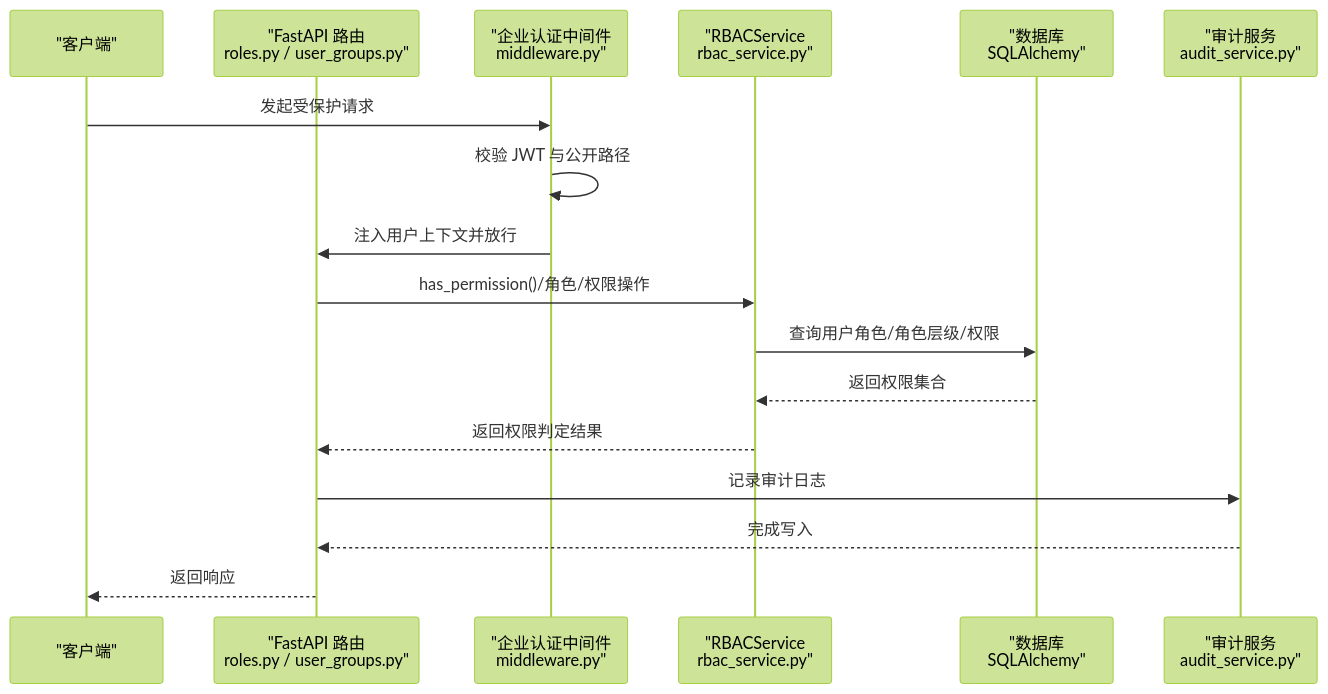
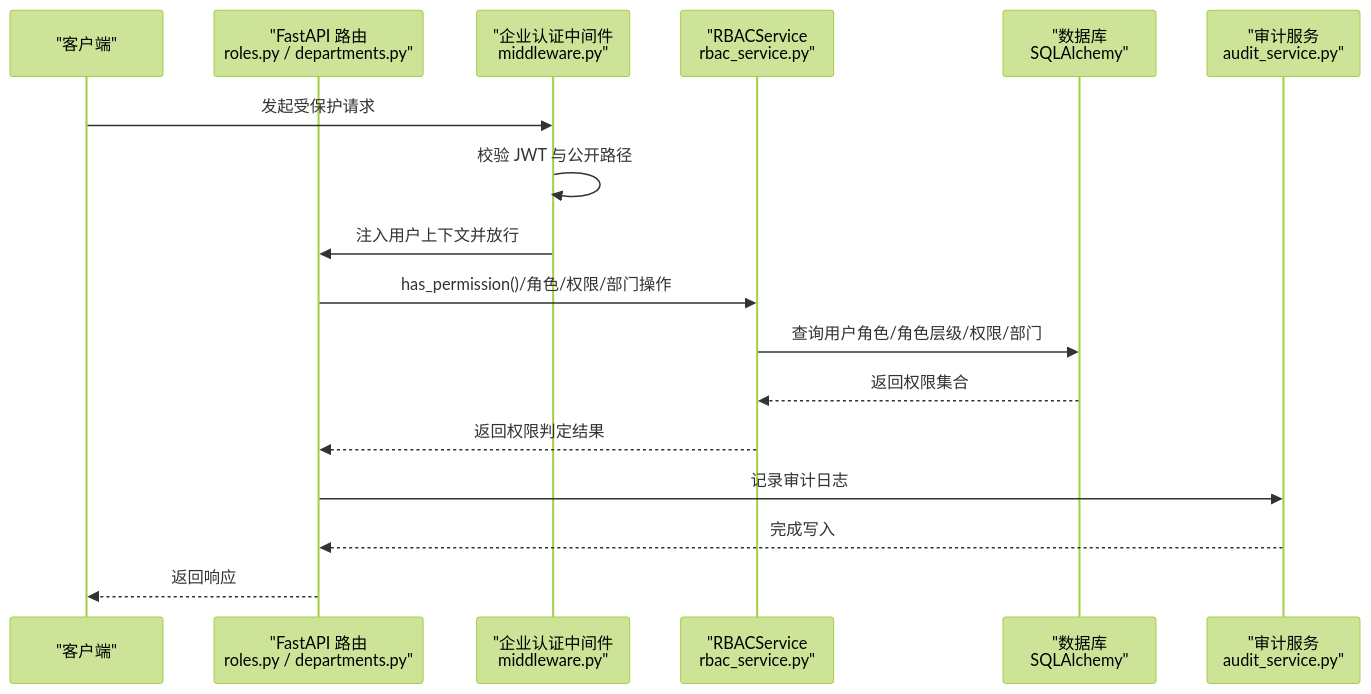
Before and after one commit to joezxh/CoPaw: the second of 11 diagrams in .qoder/repowiki/zh/content/企业功能/RBAC 权限系统.md, drawn with Mermaid (forest theme). The commit also changed other lines of this file and 20 other files, not shown here.

````diff
--- a/.qoder/repowiki/zh/content/企业功能/RBAC 权限系统.md
+++ b/.qoder/repowiki/zh/content/企业功能/RBAC 权限系统.md
@@ -128,19 +148,19 @@
 ```mermaid
 sequenceDiagram
 participant Client as "客户端"
-participant Router as "FastAPI 路由<br/>roles.py / user_groups.py"
+participant Router as "FastAPI 路由<br/>roles.py / departments.py"
 participant MW as "企业认证中间件<br/>middleware.py"
 participant SVC as "RBACService<br/>rbac_service.py"
 participant DB as "数据库<br/>SQLAlchemy"
 participant AUD as "审计服务<br/>audit_service.py"
 Client->>MW : 发起受保护请求
 MW->>MW : 校验 JWT 与公开路径
 MW->>Router : 注入用户上下文并放行
-Router->>SVC : has_permission()/角色/权限操作
-SVC->>DB : 查询用户角色/角色层级/权限
+Router->>SVC : has_permission()/角色/权限/部门操作
+SVC->>DB : 查询用户角色/角色层级/权限/部门
 DB-->>SVC : 返回权限集合
 SVC-->>Router : 返回权限判定结果
 Router->>AUD : 记录审计日志
 AUD-->>Router : 完成写入
 Router-->>Client : 返回响应
 ```
````
